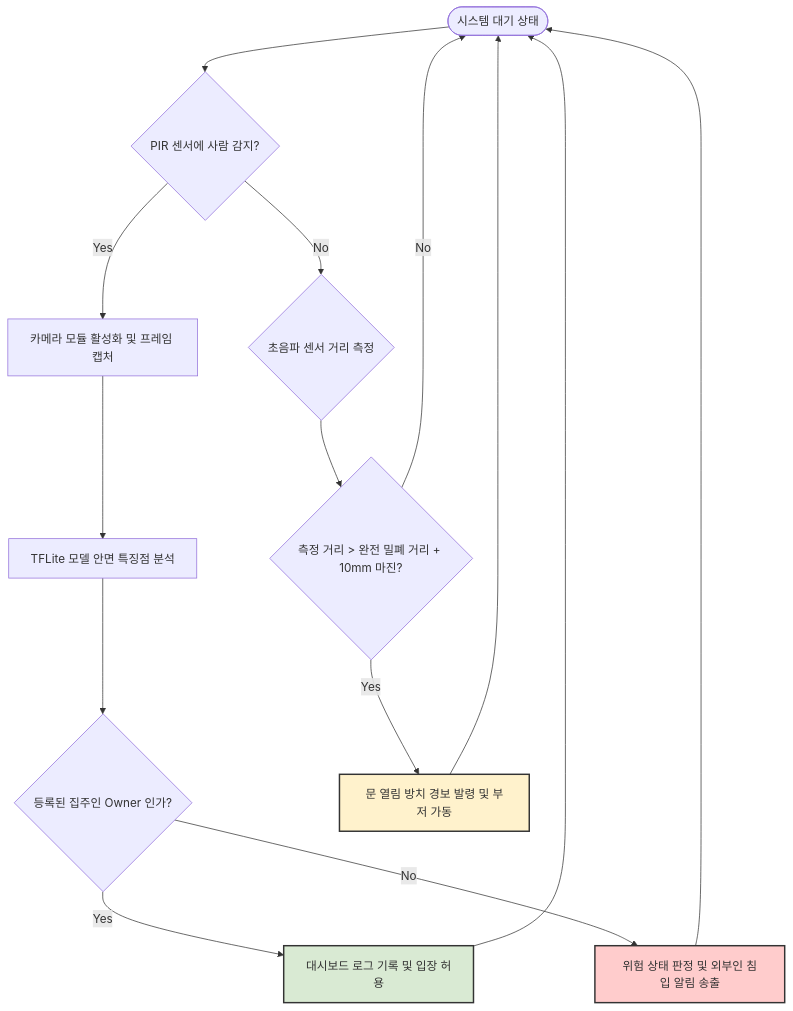
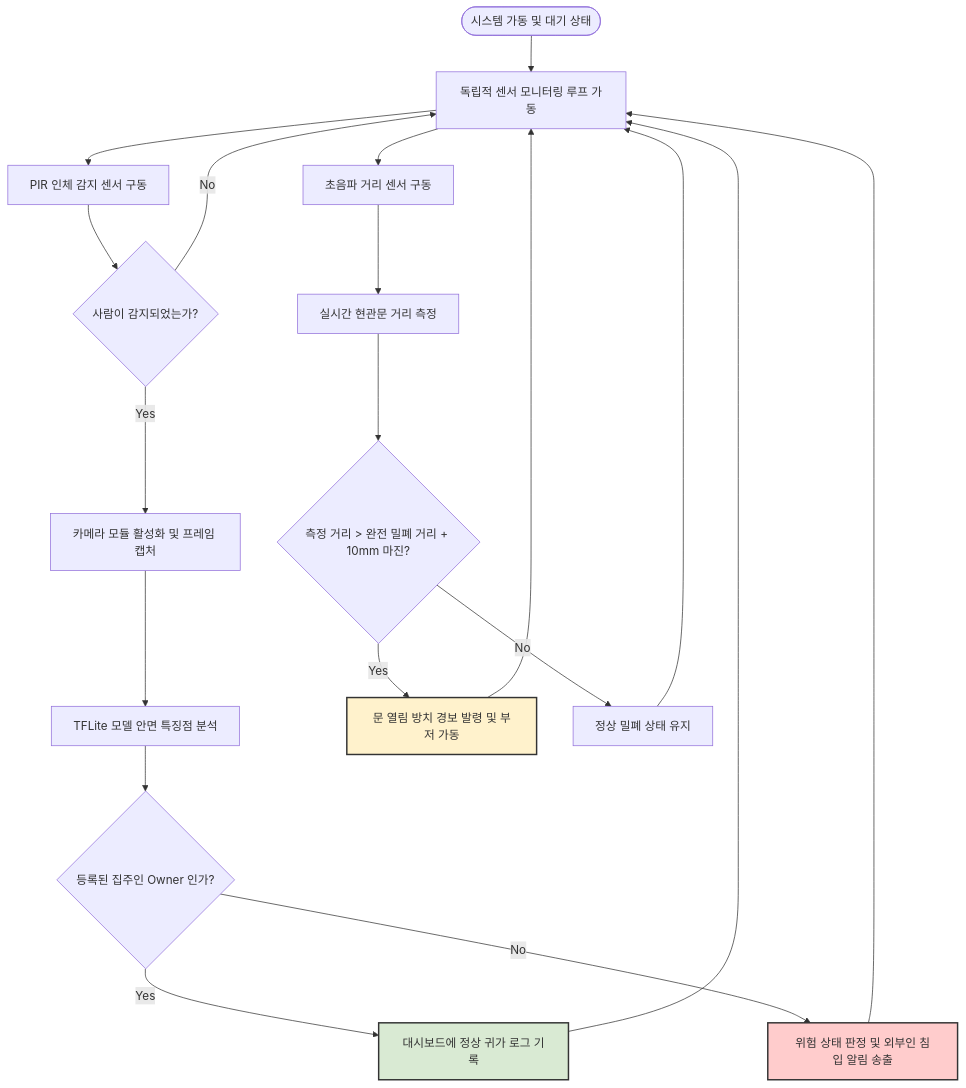
The diagram in README.md (Schro2109/MarkDownPractice), drawn with Mermaid before and after one commit. The commit also changed other lines of this file, not shown here.

````diff
--- a/README.md
+++ b/README.md
@@ -32,28 +32,31 @@
 ```mermaid
 graph TD
-    A([시스템 대기 상태]) --> B{PIR 센서에 사람 감지?}
+    A([시스템 가동 및 대기 상태]) --> B[독립적 센서 모니터링 루프 가동]
     
-    %% 인체 감지 시 동작
-    B -- Yes --> C[카메라 모듈 활성화 및 프레임 캡처]
-    B -- No --> D{초음파 센서 거리 측정}
+    %% 왼쪽: 안면 인식 흐름 (PIR 트리거)
+    B --> C1[PIR 인체 감지 센서 구동]
+    C1 --> D1{사람이 감지되었는가?}
+    D1 -- Yes --> E1[카메라 모듈 활성화 및 프레임 캡처]
+    E1 --> F1[TFLite 모델 안면 특징점 분석]
+    F1 --> G1{등록된 집주인 Owner 인가?}
+    G1 -- Yes --> H1[대시보드에 정상 귀가 로그 기록]
+    G1 -- No --> I1[위험 상태 판정 및 외부인 침입 알림 송출]
+    D1 -- No --> B
+    
+    %% 오른쪽: 문 개폐 감지 흐름 (초음파 트리거)
+    B --> C2[초음파 거리 센서 구동]
+    C2 --> D2[실시간 현관문 거리 측정]
+    D2 --> E2{측정 거리 > 완전 밀폐 거리 + 10mm 마진?}
+    E2 -- Yes --> F2[문 열림 방치 경보 발령 및 부저 가동]
+    E2 -- No --> G2[정상 밀폐 상태 유지]
 
-    %% 안면 인식 동작
-    C --> E[TFLite 모델 안면 특징점 분석]
-    E --> F{등록된 집주인 Owner 인가?}
-    F -- Yes --> G[대시보드 로그 기록 및 입장 허용]
-    F -- No --> H[위험 상태 판정 및 외부인 침입 알림 송출]
-
-    %% 문 개폐 감지 동작
-    D --> I{측정 거리 > 완전 밀폐 거리 + 10mm 마진?}
-    I -- Yes --> J[문 열림 방치 경보 발령 및 부저 가동]
-    I -- No --> A
-
-    %% 복귀 루프
-    G --> A
-    H --> A
-    J --> A
+    %% 루프 재복귀
+    H1 --> B
+    I1 --> B
+    F2 --> B
+    G2 --> B
     
-    style H fill:#ffcccc,stroke:#333,stroke-width:2px
-    style J fill:#fff2cc,stroke:#333,stroke-width:2px
-    style G fill:#d9ead3,stroke:#333,stroke-width:2px
+    style I1 fill:#ffcccc,stroke:#333,stroke-width:2px
+    style F2 fill:#fff2cc,stroke:#333,stroke-width:2px
+    style H1 fill:#d9ead3,stroke:#333,stroke-width:2px
 ```
````
